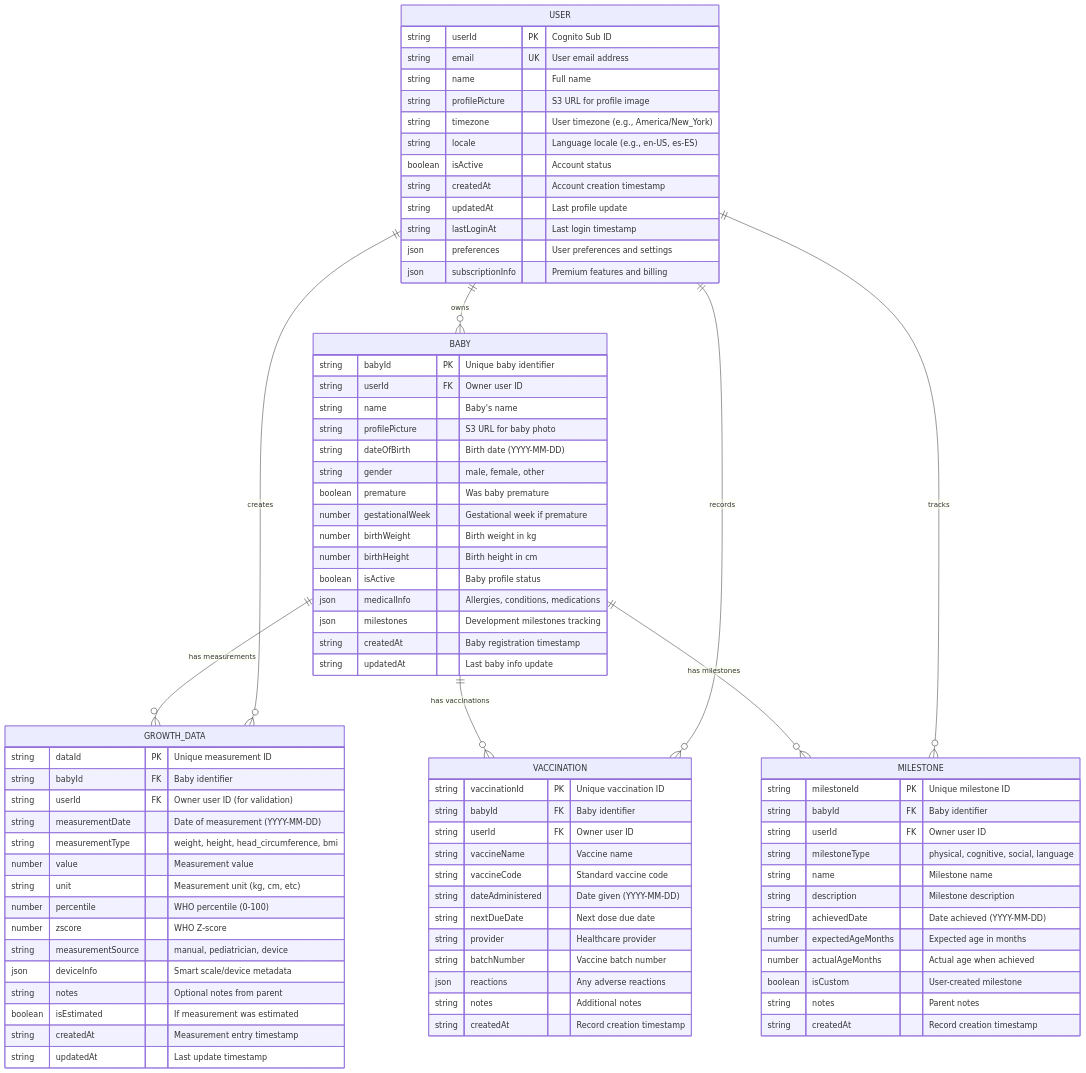
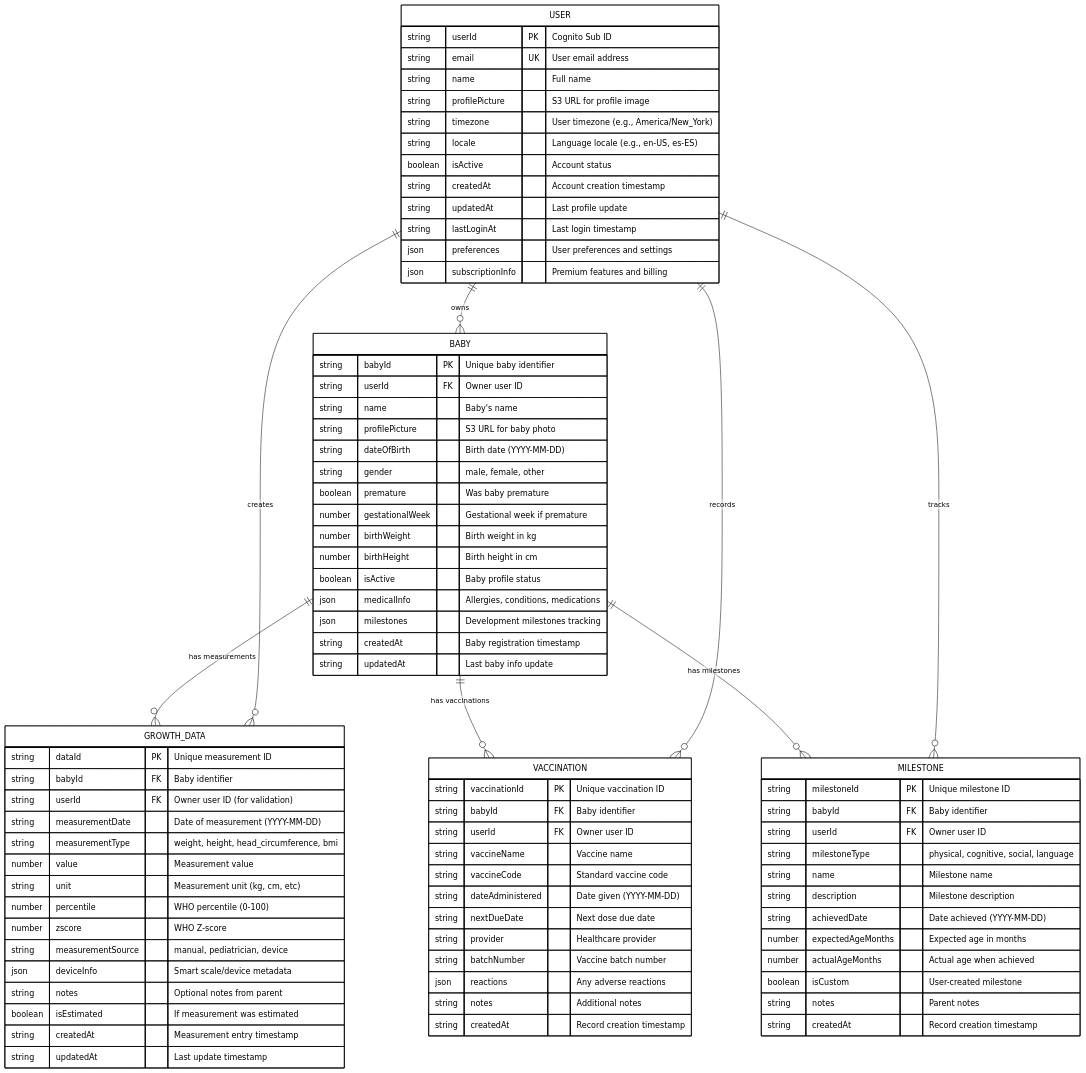
One commit to fjgonzalez25691/upnest changed the diagram in aws/erDiagram.mmd. Above: the diagram before and after it, drawn with Mermaid. The commit also changed 25 other files, not shown here.

```diff
--- a/aws/erDiagram.mmd
+++ b/aws/erDiagram.mmd
@@ -1,89 +1,90 @@
+%%{init: {'theme':'base', 'themeVariables': {'primaryColor':'#ffffff', 'primaryTextColor':'#000000', 'primaryBorderColor':'#000000', 'lineColor':'#000000', 'secondaryColor':'#f9f9f9', 'tertiaryColor':'#ffffff', 'background':'#ffffff', 'mainBkg':'#ffffff', 'secondBkg':'#f9f9f9'}}}%%
 erDiagram
     USER {
         string userId PK "Cognito Sub ID"
         string email UK "User email address"
         string name "Full name"
         string profilePicture "S3 URL for profile image"
         string timezone "User timezone (e.g., America/New_York)"
         string locale "Language locale (e.g., en-US, es-ES)"
         boolean isActive "Account status"
         string createdAt "Account creation timestamp"
         string updatedAt "Last profile update"
         string lastLoginAt "Last login timestamp"
         json preferences "User preferences and settings"
         json subscriptionInfo "Premium features and billing"
     }
 
     BABY {
         string babyId PK "Unique baby identifier"
         string userId FK "Owner user ID"
         string name "Baby's name"
         string profilePicture "S3 URL for baby photo"
         string dateOfBirth "Birth date (YYYY-MM-DD)"
         string gender "male, female, other"
         boolean premature "Was baby premature"
         number gestationalWeek "Gestational week if premature"
         number birthWeight "Birth weight in kg"
         number birthHeight "Birth height in cm"
         boolean isActive "Baby profile status"
         json medicalInfo "Allergies, conditions, medications"
         json milestones "Development milestones tracking"
         string createdAt "Baby registration timestamp"
         string updatedAt "Last baby info update"
     }
 
     GROWTH_DATA {
         string dataId PK "Unique measurement ID"
         string babyId FK "Baby identifier"
         string userId FK "Owner user ID (for validation)"
         string measurementDate "Date of measurement (YYYY-MM-DD)"
         string measurementType "weight, height, head_circumference, bmi"
         number value "Measurement value"
         string unit "Measurement unit (kg, cm, etc)"
         number percentile "WHO percentile (0-100)"
         number zscore "WHO Z-score"
         string measurementSource "manual, pediatrician, device"
         json deviceInfo "Smart scale/device metadata"
         string notes "Optional notes from parent"
         boolean isEstimated "If measurement was estimated"
         string createdAt "Measurement entry timestamp"
         string updatedAt "Last update timestamp"
     }
 
     VACCINATION {
         string vaccinationId PK "Unique vaccination ID"
         string babyId FK "Baby identifier" 
         string userId FK "Owner user ID"
         string vaccineName "Vaccine name"
         string vaccineCode "Standard vaccine code"
         string dateAdministered "Date given (YYYY-MM-DD)"
         string nextDueDate "Next dose due date"
         string provider "Healthcare provider"
         string batchNumber "Vaccine batch number"
         json reactions "Any adverse reactions"
         string notes "Additional notes"
         string createdAt "Record creation timestamp"
     }
 
     MILESTONE {
         string milestoneId PK "Unique milestone ID"
         string babyId FK "Baby identifier"
         string userId FK "Owner user ID"
         string milestoneType "physical, cognitive, social, language"
         string name "Milestone name"
         string description "Milestone description"
         string achievedDate "Date achieved (YYYY-MM-DD)"
         number expectedAgeMonths "Expected age in months"
         number actualAgeMonths "Actual age when achieved"
         boolean isCustom "User-created milestone"
         string notes "Parent notes"
         string createdAt "Record creation timestamp"
     }
 
     USER ||--o{ BABY : "owns"
     BABY ||--o{ GROWTH_DATA : "has measurements"
     BABY ||--o{ VACCINATION : "has vaccinations"
     BABY ||--o{ MILESTONE : "has milestones"
     USER ||--o{ GROWTH_DATA : "creates"
     USER ||--o{ VACCINATION : "records"
     USER ||--o{ MILESTONE : "tracks"
```
